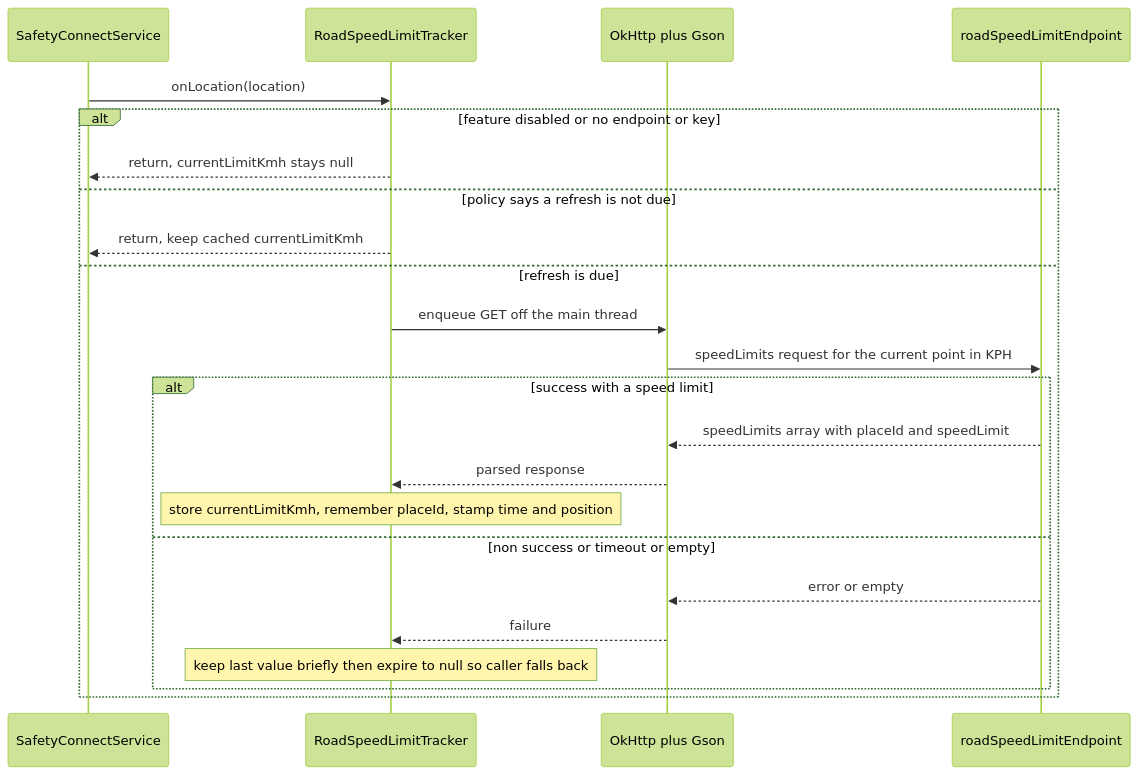
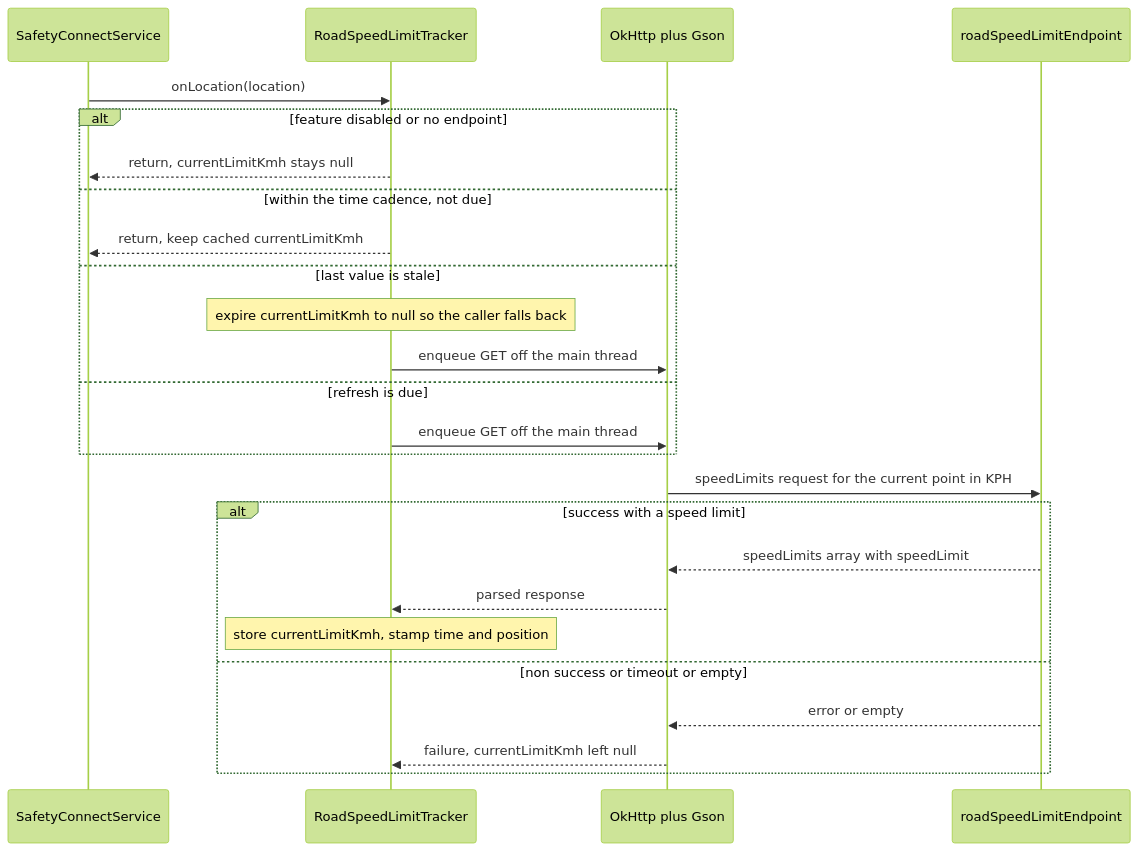
The second of 2 diagrams in docs/rfc/context-aware-speed-limits.md (arvindcalyx/Testing), drawn with Mermaid (forest theme) before and after one commit. The commit also changed other lines of this file, not shown here.

````diff
--- a/docs/rfc/context-aware-speed-limits.md
+++ b/docs/rfc/context-aware-speed-limits.md
@@ -254,26 +280,28 @@
 ```mermaid
 sequenceDiagram
     participant SVC as SafetyConnectService
     participant RT as RoadSpeedLimitTracker
     participant NET as OkHttp plus Gson
     participant EP as roadSpeedLimitEndpoint
 
     SVC->>RT: onLocation(location)
-    alt feature disabled or no endpoint or key
+    alt feature disabled or no endpoint
         RT-->>SVC: return, currentLimitKmh stays null
-    else policy says a refresh is not due
+    else within the time cadence, not due
         RT-->>SVC: return, keep cached currentLimitKmh
+    else last value is stale
+        Note over RT: expire currentLimitKmh to null so the caller falls back
+        RT->>NET: enqueue GET off the main thread
     else refresh is due
         RT->>NET: enqueue GET off the main thread
-        NET->>EP: speedLimits request for the current point in KPH
-        alt success with a speed limit
-            EP-->>NET: speedLimits array with placeId and speedLimit
-            NET-->>RT: parsed response
-            Note over RT: store currentLimitKmh, remember placeId, stamp time and position
-        else non success or timeout or empty
-            EP-->>NET: error or empty
-            NET-->>RT: failure
-            Note over RT: keep last value briefly then expire to null so caller falls back
-        end
+    end
+    NET->>EP: speedLimits request for the current point in KPH
+    alt success with a speed limit
+        EP-->>NET: speedLimits array with speedLimit
+        NET-->>RT: parsed response
+        Note over RT: store currentLimitKmh, stamp time and position
+    else non success or timeout or empty
+        EP-->>NET: error or empty
+        NET-->>RT: failure, currentLimitKmh left null
     end
 ```
````
